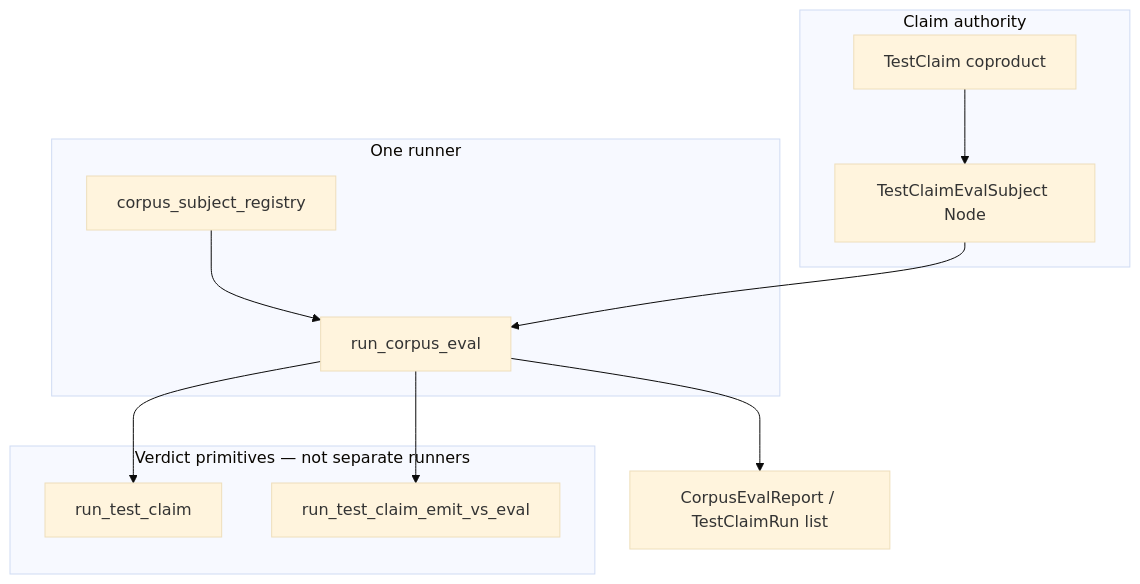
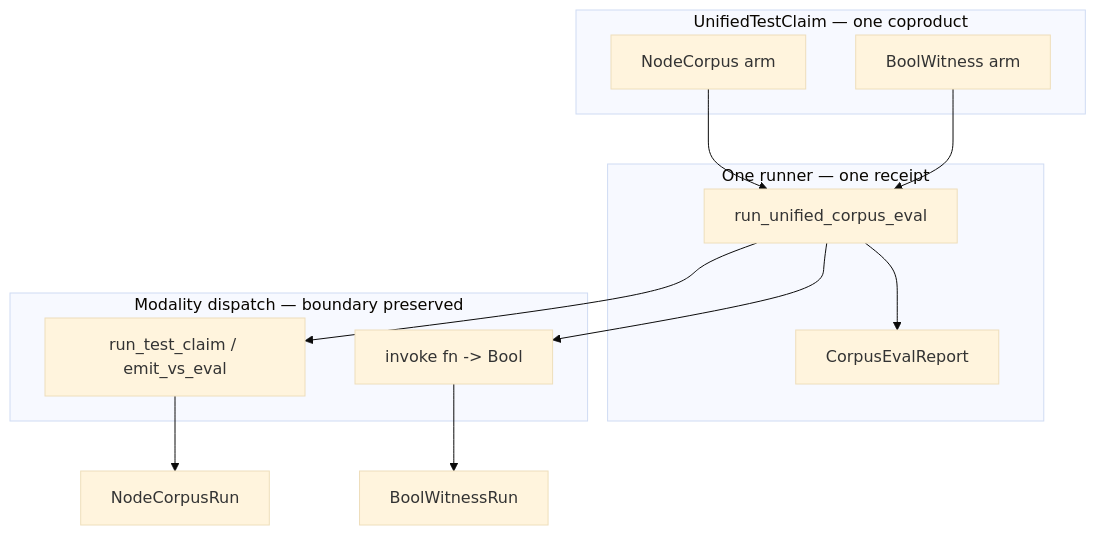
Before and after one commit to gunb-ai/gunbc: the diagram in docs/planning/test-claim-consolidation-design-2026-06-08.md, drawn with Mermaid (base theme). The commit also changed other lines of this file, not shown here.

First line of the commit message:
Revise test-claim consolidation design: dual-modality UnifiedTestClaim.

````diff
--- a/docs/planning/test-claim-consolidation-design-2026-06-08.md
+++ b/docs/planning/test-claim-consolidation-design-2026-06-08.md
@@ -142,24 +190,25 @@
 ```mermaid
 flowchart TB
-  subgraph AUTH["Claim authority"]
-    TC[TestClaim coproduct]
-    SUB[TestClaimEvalSubject Node]
-    TC --> SUB
+  subgraph SCHEMA["UnifiedTestClaim — one coproduct"]
+    NC[NodeCorpus arm]
+    BW[BoolWitness arm]
   end
 
-  subgraph RUNNER["One runner"]
-    REG[corpus_subject_registry]
-    FOLD[run_corpus_eval]
-    REG --> FOLD
+  subgraph RUNNER["One runner — one receipt"]
+    FOLD[run_unified_corpus_eval]
+    REPORT[CorpusEvalReport]
+    FOLD --> REPORT
   end
 
-  subgraph PRIM["Verdict primitives — not separate runners"]
-    RTE[run_test_claim]
-    EVE[run_test_claim_emit_vs_eval]
+  subgraph DISPATCH["Modality dispatch — boundary preserved"]
+    RTE[run_test_claim / emit_vs_eval]
+    INV[invoke fn -> Bool]
   end
 
-  SUB --> FOLD
+  NC --> FOLD
+  BW --> FOLD
   FOLD --> RTE
-  FOLD --> EVE
-  FOLD --> REPORT[CorpusEvalReport / TestClaimRun list]
+  FOLD --> INV
+  RTE --> NodeCorpusRun
+  INV --> BoolWitnessRun
 ```
````
